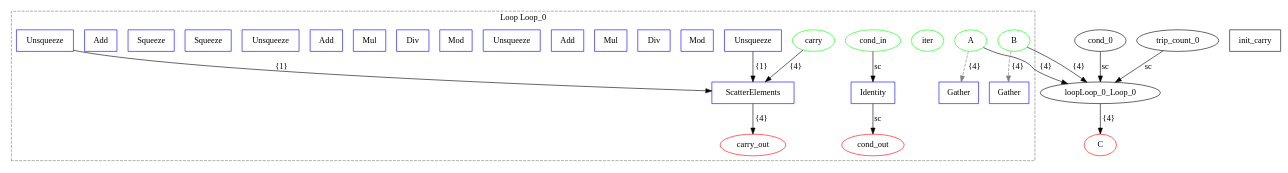
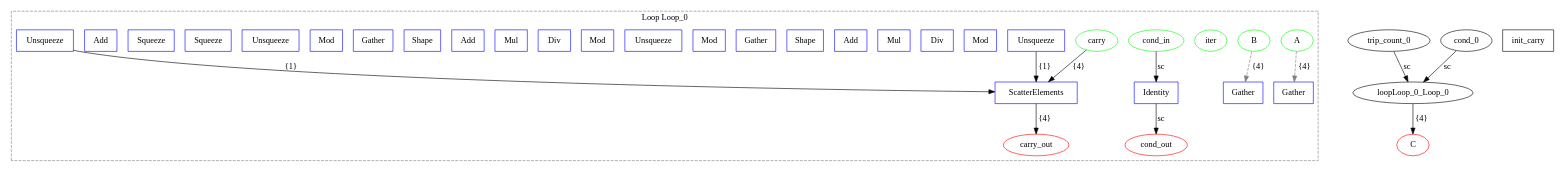
One commit to specs-feup/onnx-flow changed the diagram in examples/onnx/vectoradd_test.dot. Above: the diagram before and after it, drawn with Graphviz. The commit also changed 288 other files, not shown here.

```diff
--- a/examples/onnx/vectoradd_test.dot
+++ b/examples/onnx/vectoradd_test.dot
@@ -1,51 +1,55 @@
 digraph {
   graph [compound=true];
   A [label=A shape=ellipse color="#00FF00"];
   B [label=B shape=ellipse color="#00FF00"];
-  C [label=C shape=ellipse color="#FF0000"];
-  init_carry [label=init_carry shape=box];
   subgraph cluster_loop_Loop_0 {
     graph [rankdir=LR compound=true];
     loopLoop_0_iter [label=iter shape=ellipse color="#00FF00"];
     loopLoop_0_cond_in [label=cond_in shape=ellipse color="#00FF00"];
     loopLoop_0_carry [label=carry shape=ellipse color="#00FF00"];
     loopLoop_0_unsq [label=Unsqueeze shape=box color="#0000FF"];
     loopLoop_0_unsq -> loopLoop_0_scatter [label="{1}"];
-    loopLoop_0_mr_mod_gb_A_0_0 [label=Mod shape=box color="#0000FF"];
-    loopLoop_0_mr_div_gb_A_0_0 [label=Div shape=box color="#0000FF"];
+    loopLoop_0_mr_mod_gb_out_A_0_0 [label=Mod shape=box color="#0000FF"];
+    loopLoop_0_mr_div_gb_out_A_0_0 [label=Div shape=box color="#0000FF"];
     loopLoop_0_lin_mul_gb_lin_A_0_0 [label=Mul shape=box color="#0000FF"];
     loopLoop_0_lin_add_gb_lin_A_0_0 [label=Add shape=box color="#0000FF"];
-    loopLoop_0_gb_linU_A_0 [label=Unsqueeze shape=box color="#0000FF"];
-    loopLoop_0_gb_g_A_0 [label=Gather shape=box color="#0000FF"];
-    loopLoop_0_mr_mod_gb_B_0_0 [label=Mod shape=box color="#0000FF"];
-    loopLoop_0_mr_div_gb_B_0_0 [label=Div shape=box color="#0000FF"];
+    loopLoop_0_sg_shape_gb_lin_A_0 [label=Shape shape=box color="#0000FF"];
+    loopLoop_0_sg_len_gb_lin_A_0 [label=Gather shape=box color="#0000FF"];
+    loopLoop_0_Mod_sg_mod_gb_lin_A_0 [label=Mod shape=box color="#0000FF"];
+    loopLoop_0_sg_idx_unsq_gb_lin_A_0 [label=Unsqueeze shape=box color="#0000FF"];
+    loopLoop_0_sg_g_gb_lin_A_0 [label=Gather shape=box color="#0000FF"];
+    loopLoop_0_mr_mod_gb_out_B_0_0 [label=Mod shape=box color="#0000FF"];
+    loopLoop_0_mr_div_gb_out_B_0_0 [label=Div shape=box color="#0000FF"];
     loopLoop_0_lin_mul_gb_lin_B_0_0 [label=Mul shape=box color="#0000FF"];
     loopLoop_0_lin_add_gb_lin_B_0_0 [label=Add shape=box color="#0000FF"];
-    loopLoop_0_gb_linU_B_0 [label=Unsqueeze shape=box color="#0000FF"];
-    loopLoop_0_gb_g_B_0 [label=Gather shape=box color="#0000FF"];
+    loopLoop_0_sg_shape_gb_lin_B_0 [label=Shape shape=box color="#0000FF"];
+    loopLoop_0_sg_len_gb_lin_B_0 [label=Gather shape=box color="#0000FF"];
+    loopLoop_0_Mod_sg_mod_gb_lin_B_0 [label=Mod shape=box color="#0000FF"];
+    loopLoop_0_sg_idx_unsq_gb_lin_B_0 [label=Unsqueeze shape=box color="#0000FF"];
+    loopLoop_0_sg_g_gb_lin_B_0 [label=Gather shape=box color="#0000FF"];
     loopLoop_0_sq_0_in0_scalar [label=Squeeze shape=box color="#0000FF"];
     loopLoop_0_sq_0_in1_scalar [label=Squeeze shape=box color="#0000FF"];
     loopLoop_0_Add_0 [label=Add shape=box color="#0000FF"];
     loopLoop_0_updateUnsq [label=Unsqueeze shape=box color="#0000FF"];
     loopLoop_0_updateUnsq -> loopLoop_0_scatter [label="{1}"];
-    loopLoop_0_scatter [label=ScatterElements shape=box color="#0000FF"];
     loopLoop_0_id_cond [label=Identity shape=box color="#0000FF"];
     loopLoop_0_cond_out [label=cond_out shape=ellipse color="#FF0000"];
+    loopLoop_0_scatter [label=ScatterElements shape=box color="#0000FF"];
     loopLoop_0_carry_out [label=carry_out shape=ellipse color="#FF0000"];
+    loopLoop_0_id_cond -> loopLoop_0_cond_out [label=sc];
+    loopLoop_0_cond_in -> loopLoop_0_id_cond [label=sc];
     loopLoop_0_carry -> loopLoop_0_scatter [label="{4}"];
-    loopLoop_0_cond_in -> loopLoop_0_id_cond [label=sc];
     loopLoop_0_scatter -> loopLoop_0_carry_out [label="{4}"];
-    loopLoop_0_id_cond -> loopLoop_0_cond_out [label=sc];
-    A -> loopLoop_0_gb_g_A_0 [style=dashed color=gray label="{4}"];
-    B -> loopLoop_0_gb_g_B_0 [style=dashed color=gray label="{4}"];
+    A -> loopLoop_0_sg_g_gb_lin_A_0 [style=dashed color=gray label="{4}"];
+    B -> loopLoop_0_sg_g_gb_lin_B_0 [style=dashed color=gray label="{4}"];
     graph [label="Loop Loop_0"];
     graph [style=dashed];
     graph [color=gray];
   }
 
-  A -> loopLoop_0_Loop_0 [label="{4}" lhead=cluster_loop_Loop_0];
+  C [label=C shape=ellipse color="#FF0000"];
+  init_carry [label=init_carry shape=box];
+  trip_count_0 -> loopLoop_0_Loop_0 [label=sc lhead=cluster_loop_Loop_0];
+  loopLoop_0_Loop_0 -> C [label="{4}" ltail=cluster_loop_Loop_0];
   cond_0 -> loopLoop_0_Loop_0 [label=sc lhead=cluster_loop_Loop_0];
-  loopLoop_0_Loop_0 -> C [label="{4}" ltail=cluster_loop_Loop_0];
-  B -> loopLoop_0_Loop_0 [label="{4}" lhead=cluster_loop_Loop_0];
-  trip_count_0 -> loopLoop_0_Loop_0 [label=sc lhead=cluster_loop_Loop_0];
 }
```
